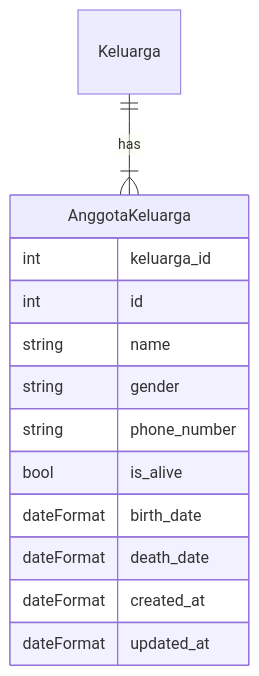
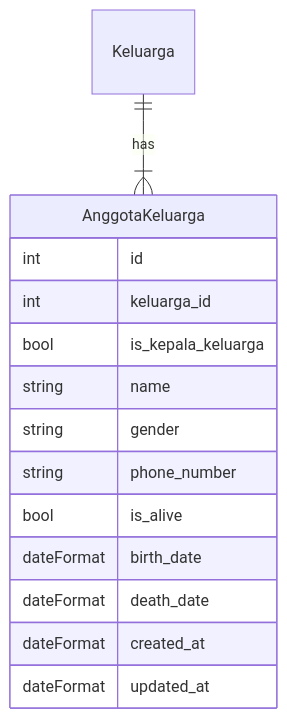
Before and after one commit to KennFatt/istiqomah-mandiri-backend: the second of 2 diagrams in DESIGN.md, drawn with Mermaid. The commit also changed other lines of this file, not shown here.

Commit message:
docs: update ERD to match with current working schema

````diff
--- a/DESIGN.md
+++ b/DESIGN.md
@@ -29,21 +27,22 @@
 ```mermaid
 erDiagram
     Keluarga ||--|{ AnggotaKeluarga : has
 
     AnggotaKeluarga {
+        int id
+
         int keluarga_id
-
-        int id
+        bool is_kepala_keluarga
 
         string name
         string gender
         string phone_number
 
         bool is_alive
         dateFormat birth_date
         dateFormat death_date
 
         dateFormat created_at
         dateFormat updated_at
     }
 ```
````
